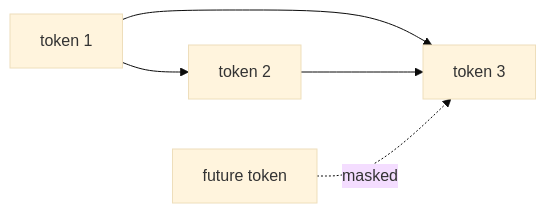
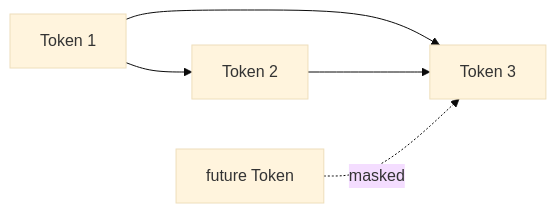
Before and after one commit to ImWenyaoT/website: the second of 2 diagrams in docs/model/neural-networks/gpt-transformer.md, drawn with Mermaid (base theme). The commit also changed other lines of this file and 24 other files, not shown here.

Commit message:
feat: revamp Harness series with Claude Code & DeepSeek architectures, standardize AI terminology and clean config

````diff
--- a/docs/model/neural-networks/gpt-transformer.md
+++ b/docs/model/neural-networks/gpt-transformer.md
@@ -215,7 +212,7 @@
 ```mermaid
 flowchart LR
-  T1["token 1"] --> T2["token 2"]
-  T1 --> T3["token 3"]
+  T1["Token 1"] --> T2["Token 2"]
+  T1 --> T3["Token 3"]
   T2 --> T3
-  T4["future token"] -. "masked" .-> T3
+  T4["future Token"] -. "masked" .-> T3
 ```
````
